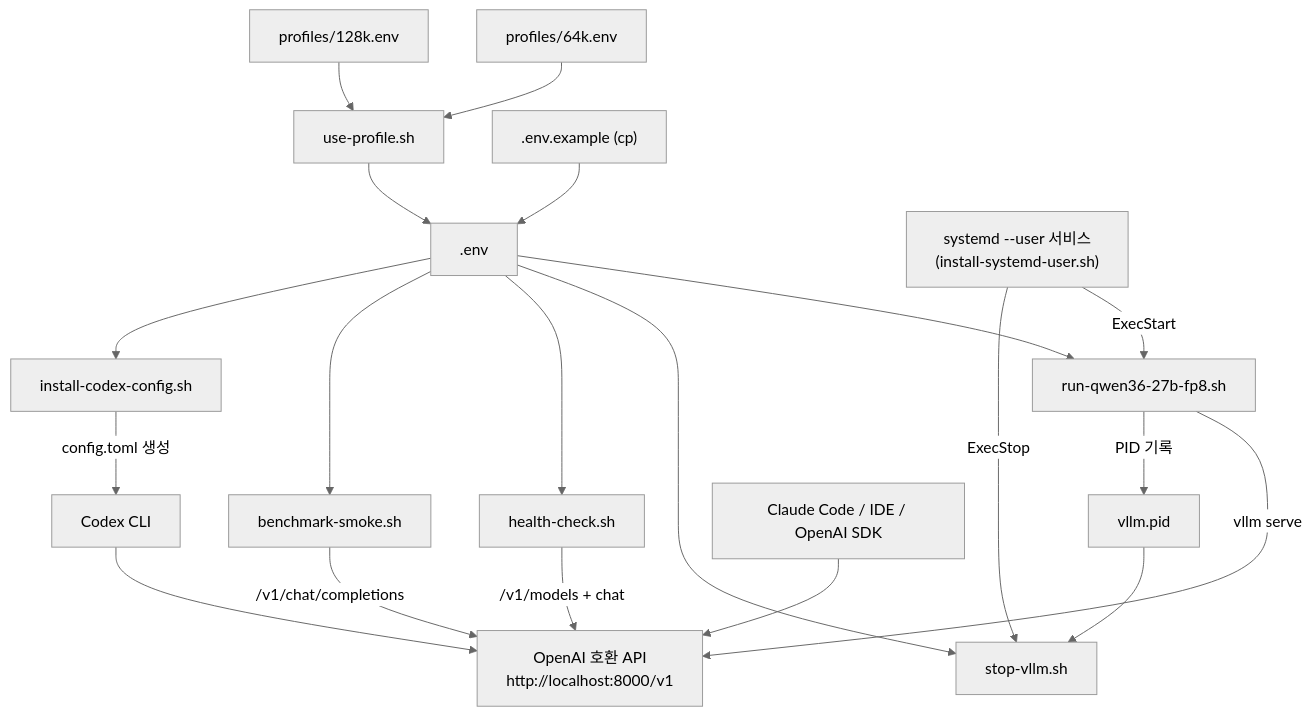
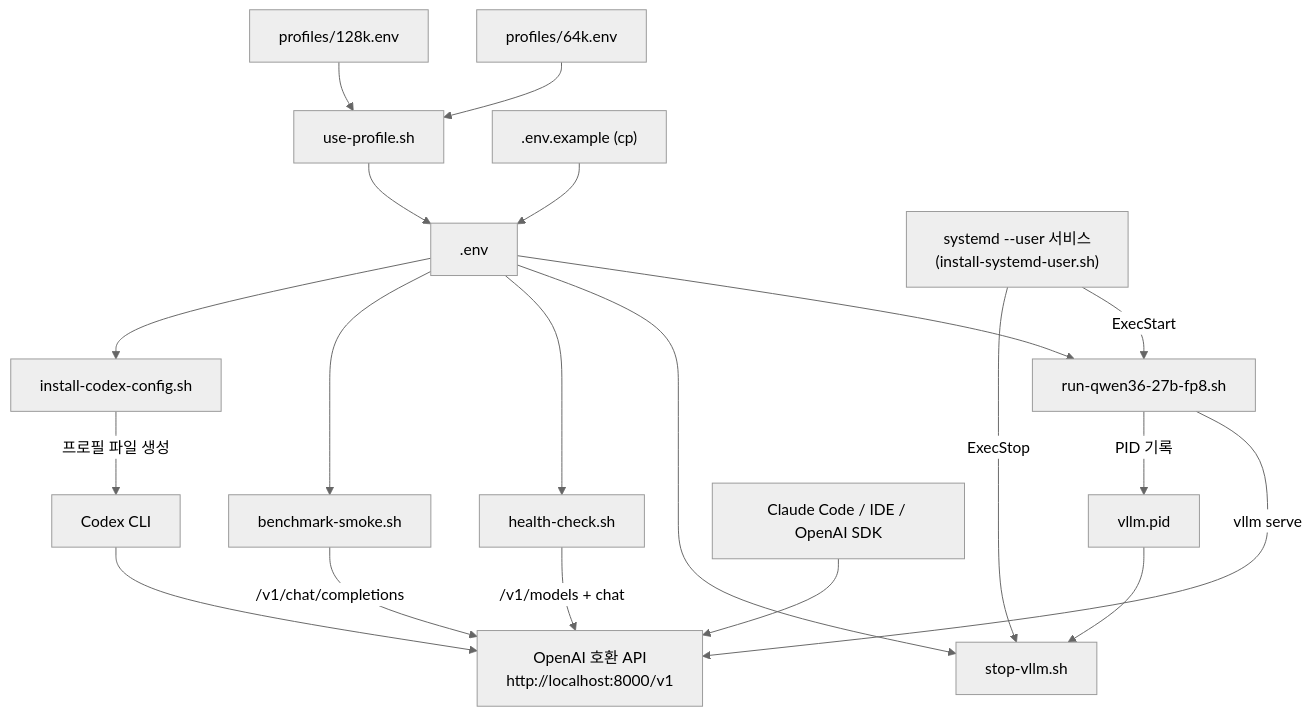
The diagram in README.md (33modeling/vllm-setting), drawn with Mermaid (neutral theme) before and after one commit. The commit also changed other lines of this file and 5 other files, not shown here.

````diff
--- a/README.md
+++ b/README.md
@@ -49,22 +49,22 @@
 ```mermaid
 flowchart TD
     P64["profiles/64k.env"] --> UP["use-profile.sh"]
     P128["profiles/128k.env"] --> UP
     EX[".env.example (cp)"] --> ENV[".env"]
     UP --> ENV
     ENV --> RUN["run-qwen36-27b-fp8.sh"]
     ENV --> STOP["stop-vllm.sh"]
     ENV --> HC["health-check.sh"]
     ENV --> BM["benchmark-smoke.sh"]
     ENV --> CX["install-codex-config.sh"]
     SYSD["systemd --user 서비스<br/>(install-systemd-user.sh)"] -->|ExecStart| RUN
     SYSD -->|ExecStop| STOP
     RUN -->|vllm serve| API["OpenAI 호환 API<br/>http://localhost:8000/v1"]
     RUN -->|PID 기록| PID["vllm.pid"]
     PID --> STOP
     HC -->|/v1/models + chat| API
     BM -->|/v1/chat/completions| API
-    CX -->|config.toml 생성| CODEX["Codex CLI"]
+    CX -->|프로필 파일 생성| CODEX["Codex CLI"]
     CODEX --> API
     CLI["Claude Code / IDE / OpenAI SDK"] --> API
 ```
````
